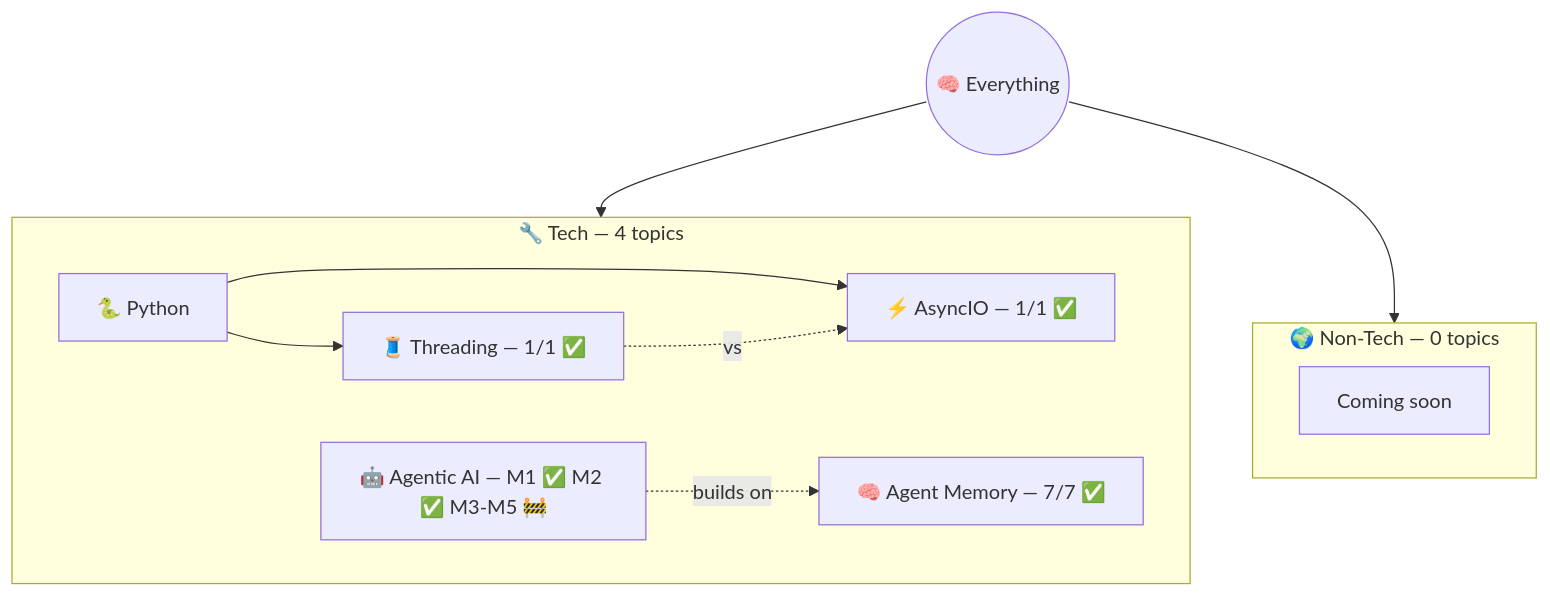
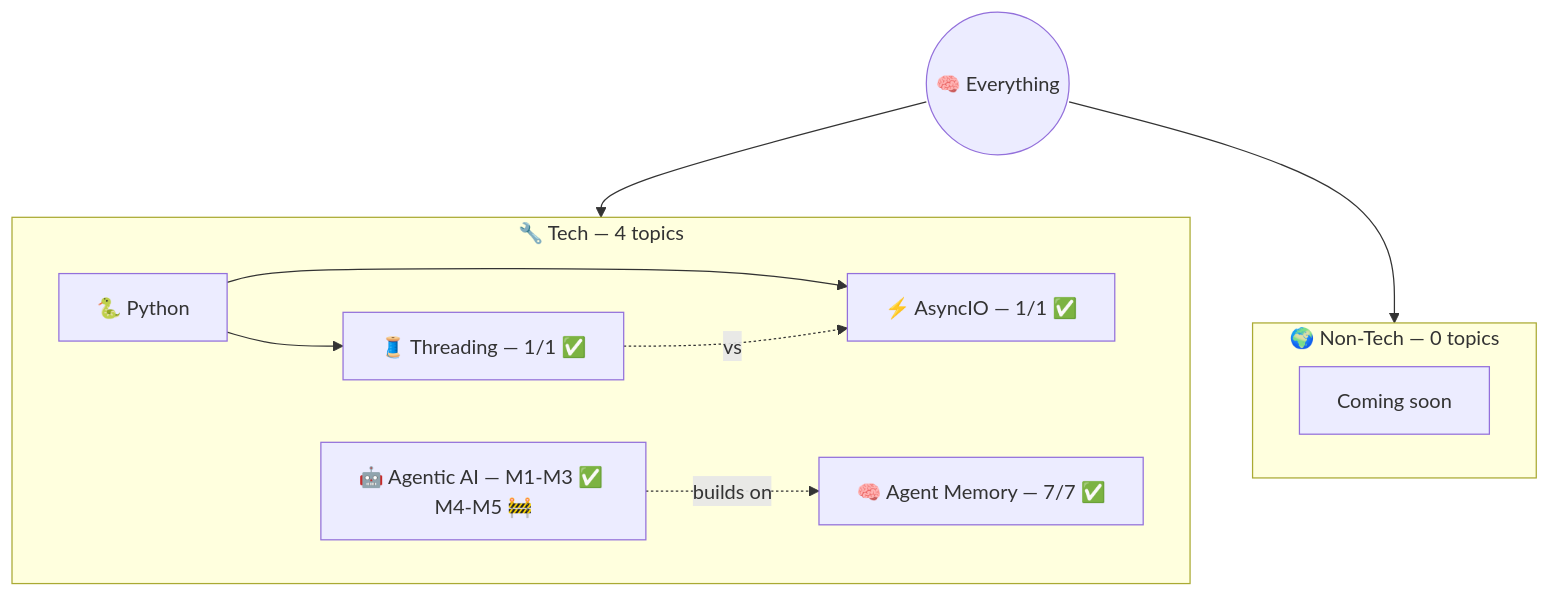
The diagram in _maps/everything.md (AyushSonuu/my-memory), drawn with Mermaid before and after one commit. The commit also changed other lines of this file and 206 other files, not shown here.

````diff
--- a/_maps/everything.md
+++ b/_maps/everything.md
@@ -5,21 +5,21 @@
 ```mermaid
 graph TB
     ROOT(("🧠 Everything"))
     
     subgraph TECH ["🔧 Tech — 4 topics"]
-        AG["🤖 Agentic AI — M1 ✅ M2 ✅ M3-M5 🚧"]
+        AG["🤖 Agentic AI — M1-M3 ✅ M4-M5 🚧"]
         AM["🧠 Agent Memory — 7/7 ✅"]
         PY["🐍 Python"]
         PY --> AIO["⚡ AsyncIO — 1/1 ✅"]
         PY --> THR["🧵 Threading — 1/1 ✅"]
         AG -.->|"builds on"| AM
         THR -.->|"vs"| AIO
     end
 
     subgraph NT ["🌍 Non-Tech — 0 topics"]
         NTE["Coming soon"]
     end
 
     ROOT --> TECH
     ROOT --> NT
 ```
````
